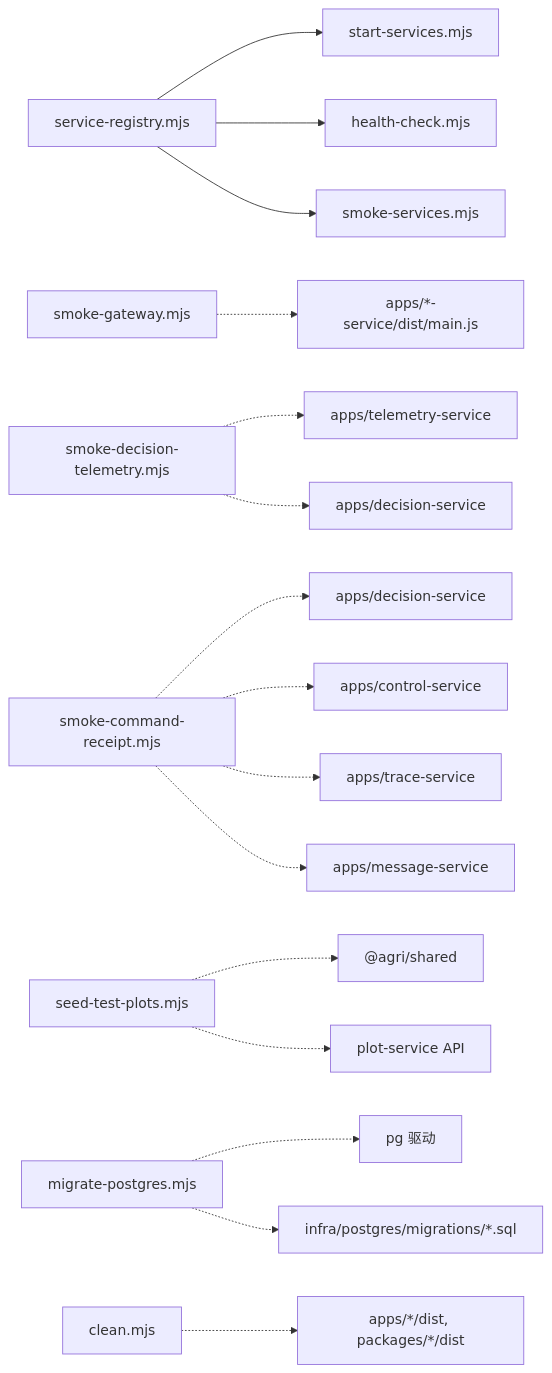
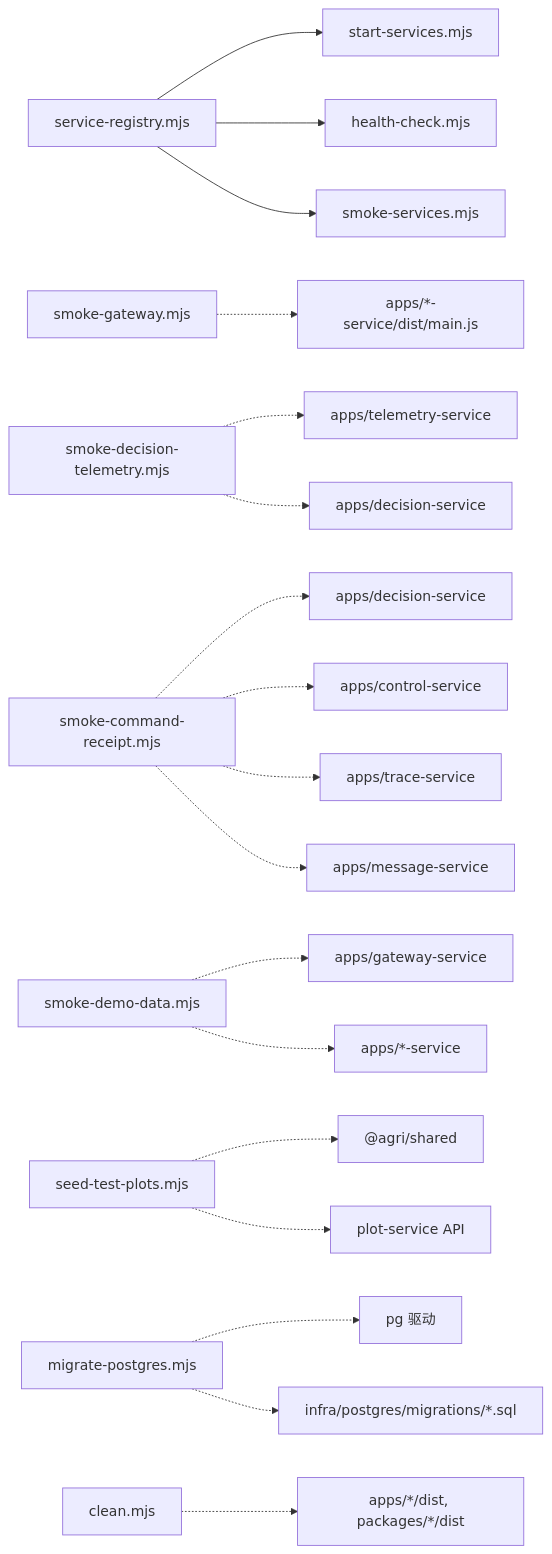
Diagram 13 of 13 in .qoder/repowiki/zh/content/基础设施/运维脚本/运维脚本.md (q446328246/agri-platform), drawn with Mermaid before and after one commit. The commit also changed other lines of this file and 48 other files, not shown here.

````diff
--- a/.qoder/repowiki/zh/content/基础设施/运维脚本/运维脚本.md
+++ b/.qoder/repowiki/zh/content/基础设施/运维脚本/运维脚本.md
@@ -472,18 +520,20 @@
 ```mermaid
 graph LR
 Reg["service-registry.mjs"] --> Start["start-services.mjs"]
 Reg --> Health["health-check.mjs"]
 Reg --> SmokeAll["smoke-services.mjs"]
 GW["smoke-gateway.mjs"] -.-> Apps["apps/*-service/dist/main.js"]
 DT["smoke-decision-telemetry.mjs"] -.-> Tel["apps/telemetry-service"]
 DT -.-> Dec["apps/decision-service"]
 CR["smoke-command-receipt.mjs"] -.-> Dec2["apps/decision-service"]
 CR -.-> Ctrl["apps/control-service"]
 CR -.-> Trc["apps/trace-service"]
 CR -.-> Msg["apps/message-service"]
+DD["smoke-demo-data.mjs"] -.-> Gateway["apps/gateway-service"]
+DD -.-> AllApps["apps/*-service"]
 Seed["seed-test-plots.mjs"] -.-> Shared["@agri/shared"]
 Seed -.-> PlotAPI["plot-service API"]
 Mig["migrate-postgres.mjs"] -.-> PG["pg 驱动"]
 Mig -.-> SQL["infra/postgres/migrations/*.sql"]
 Clean["clean.mjs"] -.-> Dist["apps/*/dist, packages/*/dist"]
 ```
````
